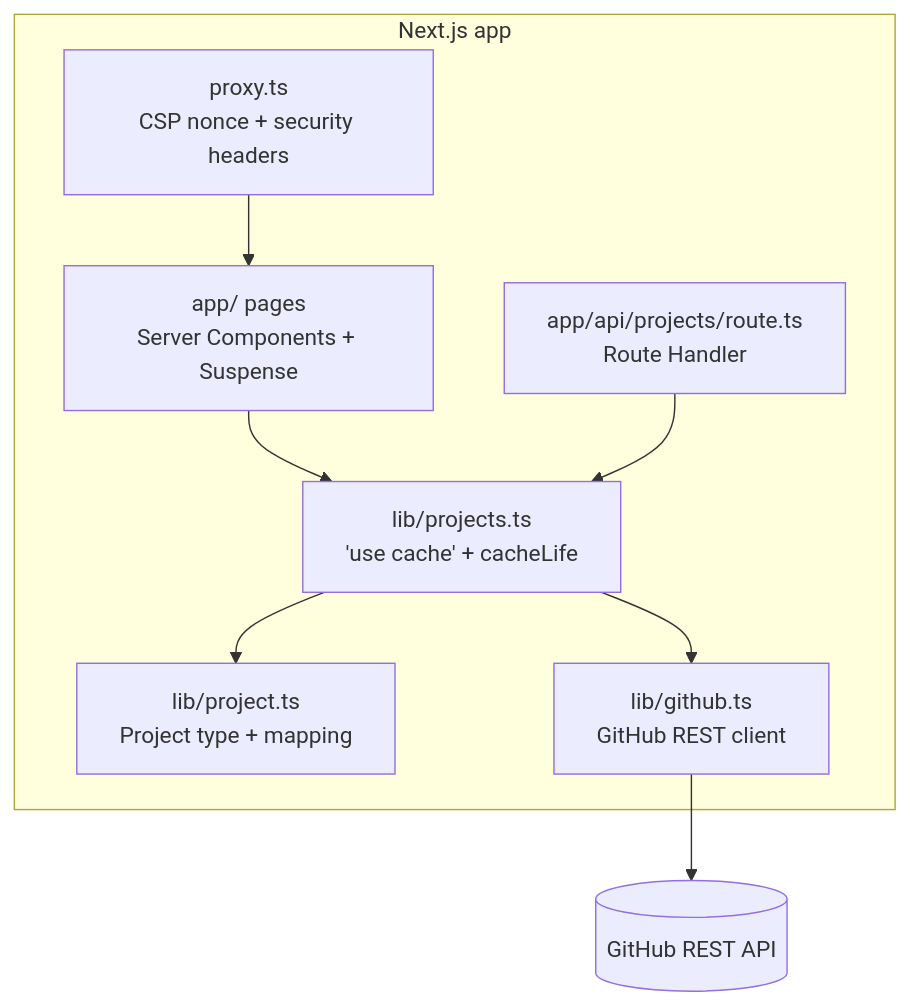
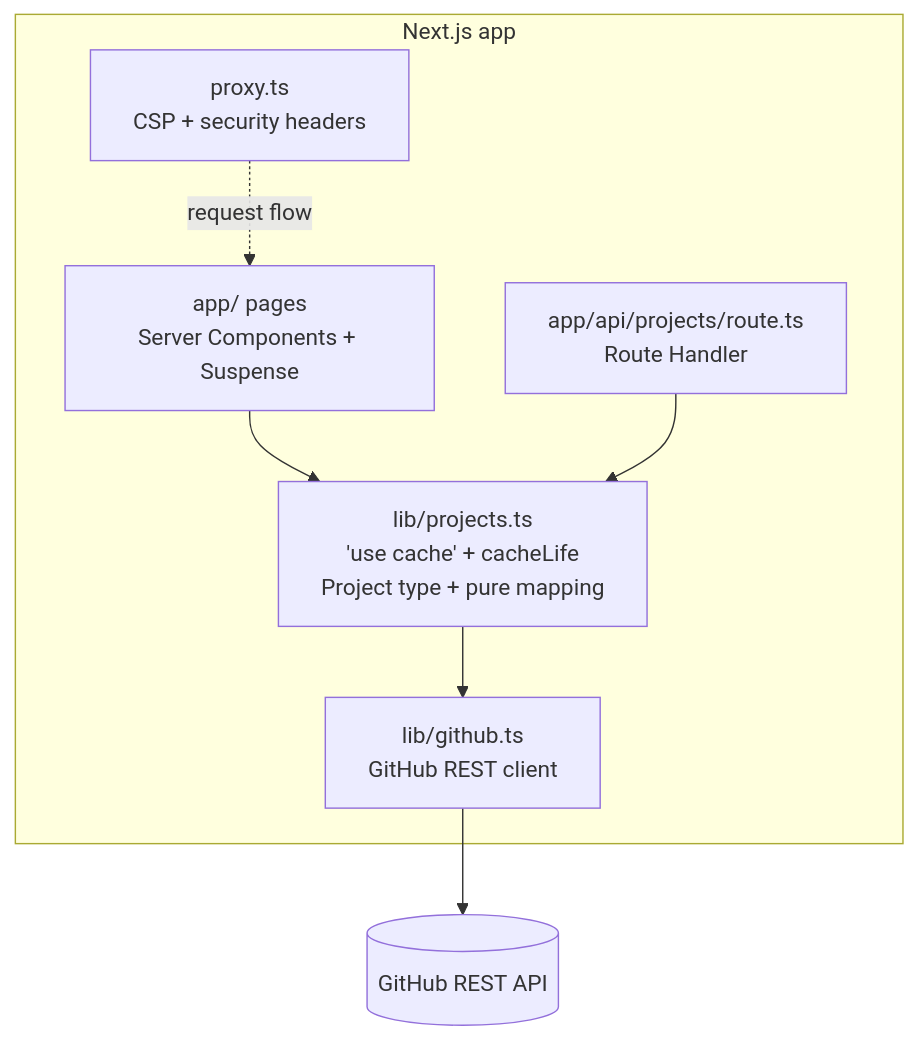
Before and after one commit to benoit-bremaud/nextjs-showcase: the diagram in docs/architecture/diagrams/dashboard/02-component.md, drawn with Mermaid. The commit also changed other lines of this file and 5 other files, not shown here.

First line of the commit message:
docs(architecture): apply the local review to the conception

````diff
--- a/docs/architecture/diagrams/dashboard/02-component.md
+++ b/docs/architecture/diagrams/dashboard/02-component.md
@@ -5,18 +5,16 @@
 ```mermaid
 flowchart TB
   subgraph app [Next.js app]
-    proxy[proxy.ts<br/>CSP nonce + security headers]
+    proxy[proxy.ts<br/>CSP + security headers]
     pages[app/ pages<br/>Server Components + Suspense]
     api[app/api/projects/route.ts<br/>Route Handler]
-    data[lib/projects.ts<br/>'use cache' + cacheLife]
-    domain[lib/project.ts<br/>Project type + mapping]
+    data[lib/projects.ts<br/>'use cache' + cacheLife<br/>Project type + pure mapping]
     client[lib/github.ts<br/>GitHub REST client]
   end
   github[(GitHub REST API)]
-  proxy --> pages
+  proxy -.->|request flow| pages
   pages --> data
   api --> data
-  data --> domain
   data --> client
   client --> github
 ```
````
